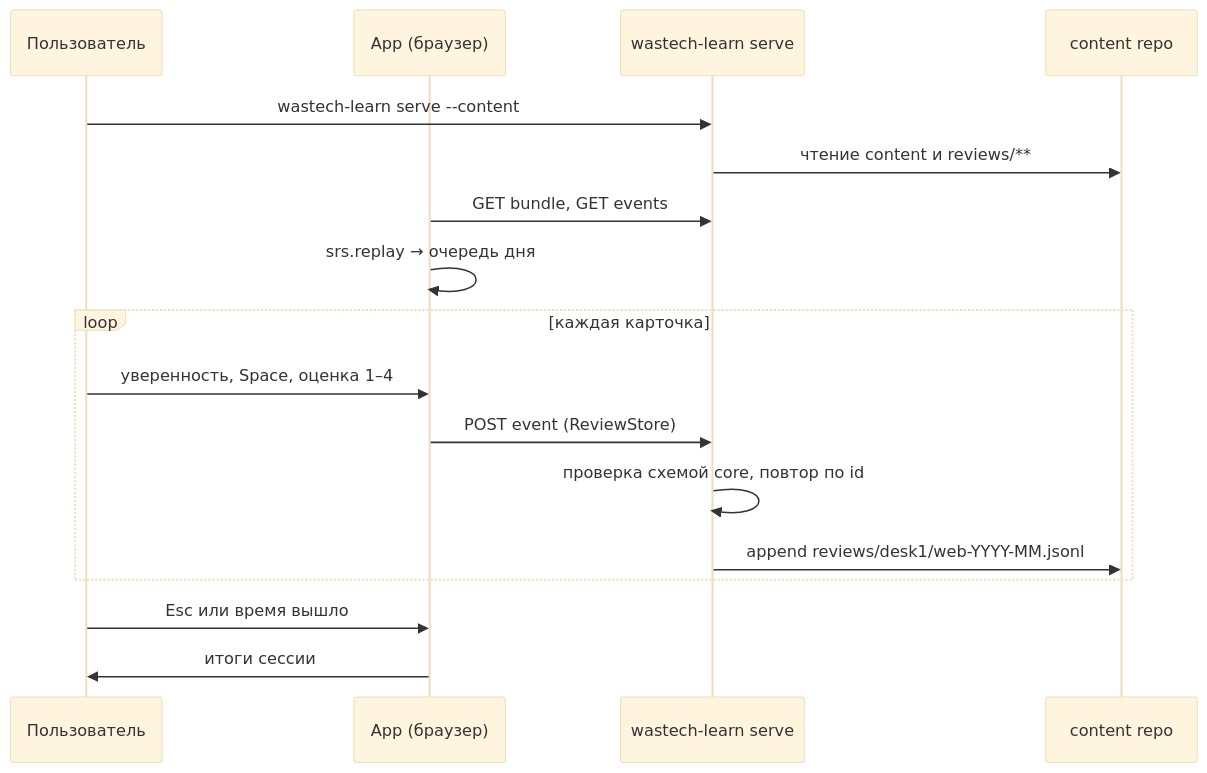
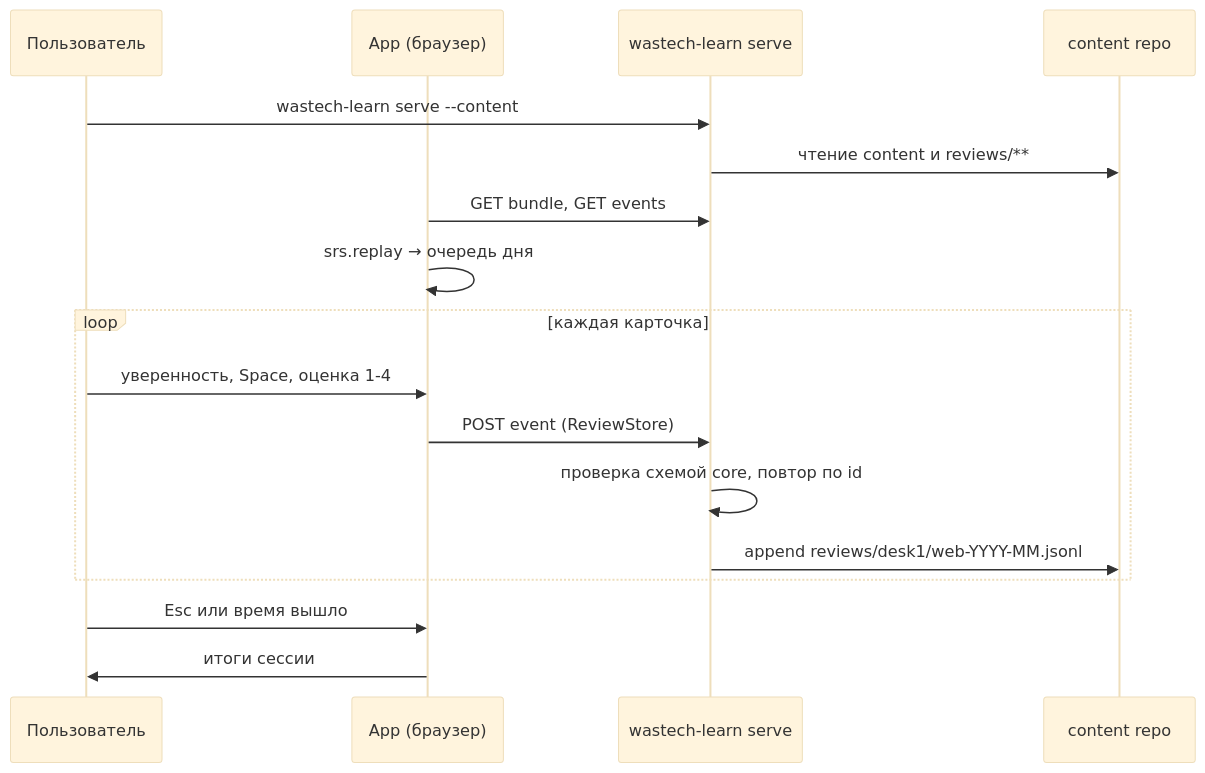
The first of 2 diagrams in docs/tasks/m4-app/happy-path.md (VladimirMakarevich/wastech-learn), drawn with Mermaid (base theme) before and after one commit. The commit also changed other lines of this file and 261 other files, not shown here.

````diff
--- a/docs/tasks/m4-app/happy-path.md
+++ b/docs/tasks/m4-app/happy-path.md
@@ -49,19 +49,19 @@
 ```mermaid
 sequenceDiagram
   participant U as Пользователь
   participant A as App (браузер)
   participant S as wastech-learn serve
   participant R as content repo
   U->>S: wastech-learn serve --content
   S->>R: чтение content и reviews/**
   A->>S: GET bundle, GET events
   A->>A: srs.replay → очередь дня
   loop каждая карточка
-    U->>A: уверенность, Space, оценка 1–4
+    U->>A: уверенность, Space, оценка 1-4
     A->>S: POST event (ReviewStore)
     S->>S: проверка схемой core, повтор по id
     S->>R: append reviews/desk1/web-YYYY-MM.jsonl
   end
   U->>A: Esc или время вышло
   A->>U: итоги сессии
 ```
````
